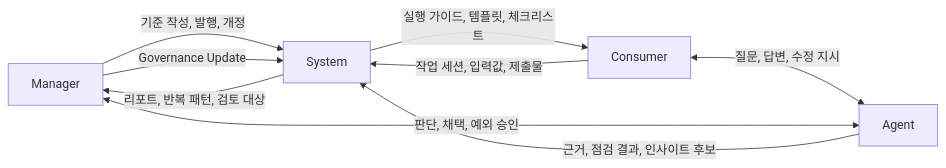
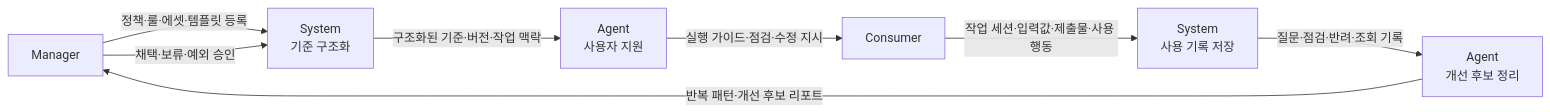
Before and after one commit to ewoooo/living-brand-system: the diagram in docs/02-usecases.md, drawn with Mermaid. The commit also changed other lines of this file and 8 other files, not shown here.

Commit message:
docs: align product architecture and guidelines

````diff
--- a/docs/02-usecases.md
+++ b/docs/02-usecases.md
@@ -49,16 +77,17 @@
 ```mermaid
 flowchart LR
   M["Manager"]
-  S["System"]
+  S1["System<br/>기준 구조화"]
+  A1["Agent<br/>사용자 지원"]
   C["Consumer"]
-  A["Agent"]
+  S2["System<br/>사용 기록 저장"]
+  A2["Agent<br/>개선 후보 정리"]
 
-  M -->|"기준 작성, 발행, 개정"| S
-  S -->|"실행 가이드, 템플릿, 체크리스트"| C
-  C -->|"작업 세션, 입력값, 제출물"| S
-  C <-->|"질문, 답변, 수정 지시"| A
-  A -->|"근거, 점검 결과, 인사이트 후보"| S
-  S -->|"리포트, 반복 패턴, 검토 대상"| M
-  M <-->|"판단, 채택, 예외 승인"| A
-  M -->|"Governance Update"| S
+  M -->|"정책·룰·에셋·템플릿 등록"| S1
+  S1 -->|"구조화된 기준·버전·작업 맥락"| A1
+  A1 -->|"실행 가이드·점검·수정 지시"| C
+  C -->|"작업 세션·입력값·제출물·사용 행동"| S2
+  S2 -->|"질문·점검·반려·조회 기록"| A2
+  A2 -->|"반복 패턴·개선 후보 리포트"| M
+  M -->|"채택·보류·예외 승인"| S1
 ```
````
